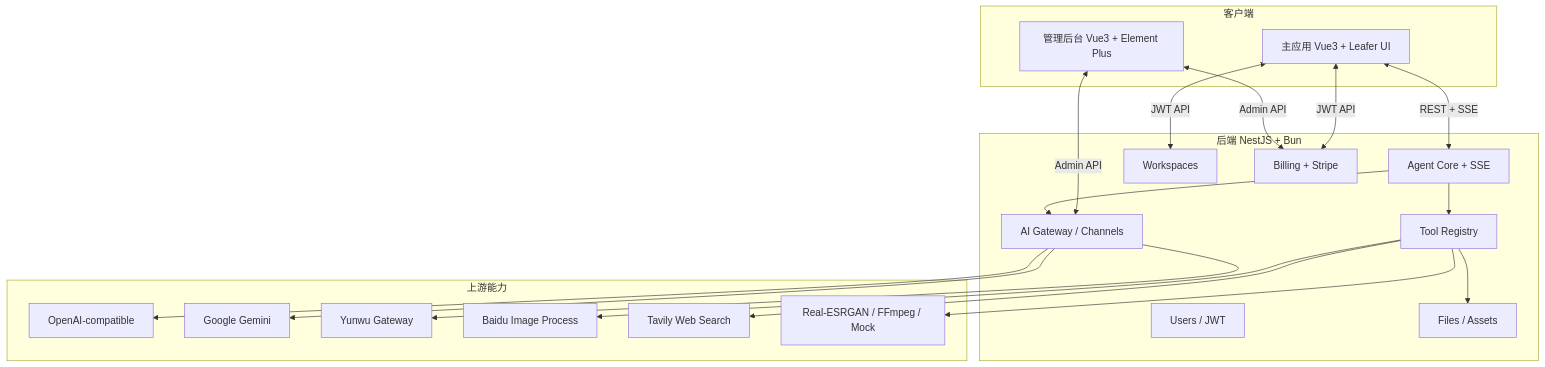
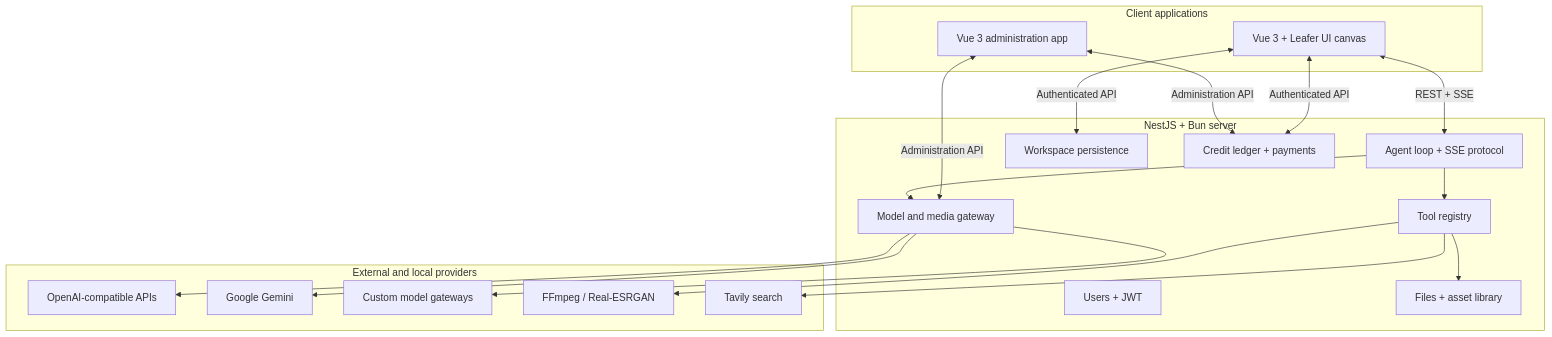
The diagram in README.md (ye971829766/OmniCanvas), drawn with Mermaid before and after one commit. The commit also changed other lines of this file and 1 other file, not shown here.

````diff
--- a/README.md
+++ b/README.md
@@ -103,41 +77,39 @@
 ```mermaid
 flowchart TB
-    subgraph Client ["客户端"]
-        App["主应用 Vue3 + Leafer UI"]
-        Admin["管理后台 Vue3 + Element Plus"]
+    subgraph Client["Client applications"]
+        App["Vue 3 + Leafer UI canvas"]
+        Admin["Vue 3 administration app"]
     end
 
-    subgraph Server ["后端 NestJS + Bun"]
-        Agent["Agent Core + SSE"]
-        Tools["Tool Registry"]
-        AI["AI Gateway / Channels"]
-        WS["Workspaces"]
-        Auth["Users / JWT"]
-        Bill["Billing + Stripe"]
-        Files["Files / Assets"]
+    subgraph Server["NestJS + Bun server"]
+        Agent["Agent loop + SSE protocol"]
+        Registry["Tool registry"]
+        Gateway["Model and media gateway"]
+        Workspace["Workspace persistence"]
+        Identity["Users + JWT"]
+        Billing["Credit ledger + payments"]
+        Assets["Files + asset library"]
     end
 
-    subgraph Providers ["上游能力"]
-        OpenAI["OpenAI-compatible"]
+    subgraph Providers["External and local providers"]
+        OpenAI["OpenAI-compatible APIs"]
         Gemini["Google Gemini"]
-        Yunwu["Yunwu Gateway"]
-        Baidu["Baidu Image Process"]
-        Tavily["Tavily Web Search"]
-        Local["Real-ESRGAN / FFmpeg / Mock"]
+        Custom["Custom model gateways"]
+        Media["FFmpeg / Real-ESRGAN"]
+        Search["Tavily search"]
     end
 
-    App <-->|REST + SSE| Agent
-    App <-->|JWT API| WS
-    App <-->|JWT API| Bill
-    Admin <-->|Admin API| AI
-    Admin <-->|Admin API| Bill
-    Agent --> Tools
-    Agent --> AI
-    Tools --> Files
-    AI --> OpenAI
-    AI --> Gemini
-    AI --> Yunwu
-    Tools --> Baidu
-    Tools --> Tavily
-    Tools --> Local
+    App <-->|"REST + SSE"| Agent
+    App <-->|"Authenticated API"| Workspace
+    App <-->|"Authenticated API"| Billing
+    Admin <-->|"Administration API"| Gateway
+    Admin <-->|"Administration API"| Billing
+    Agent --> Registry
+    Agent --> Gateway
+    Registry --> Assets
+    Gateway --> OpenAI
+    Gateway --> Gemini
+    Gateway --> Custom
+    Registry --> Media
+    Registry --> Search
 ```
````
